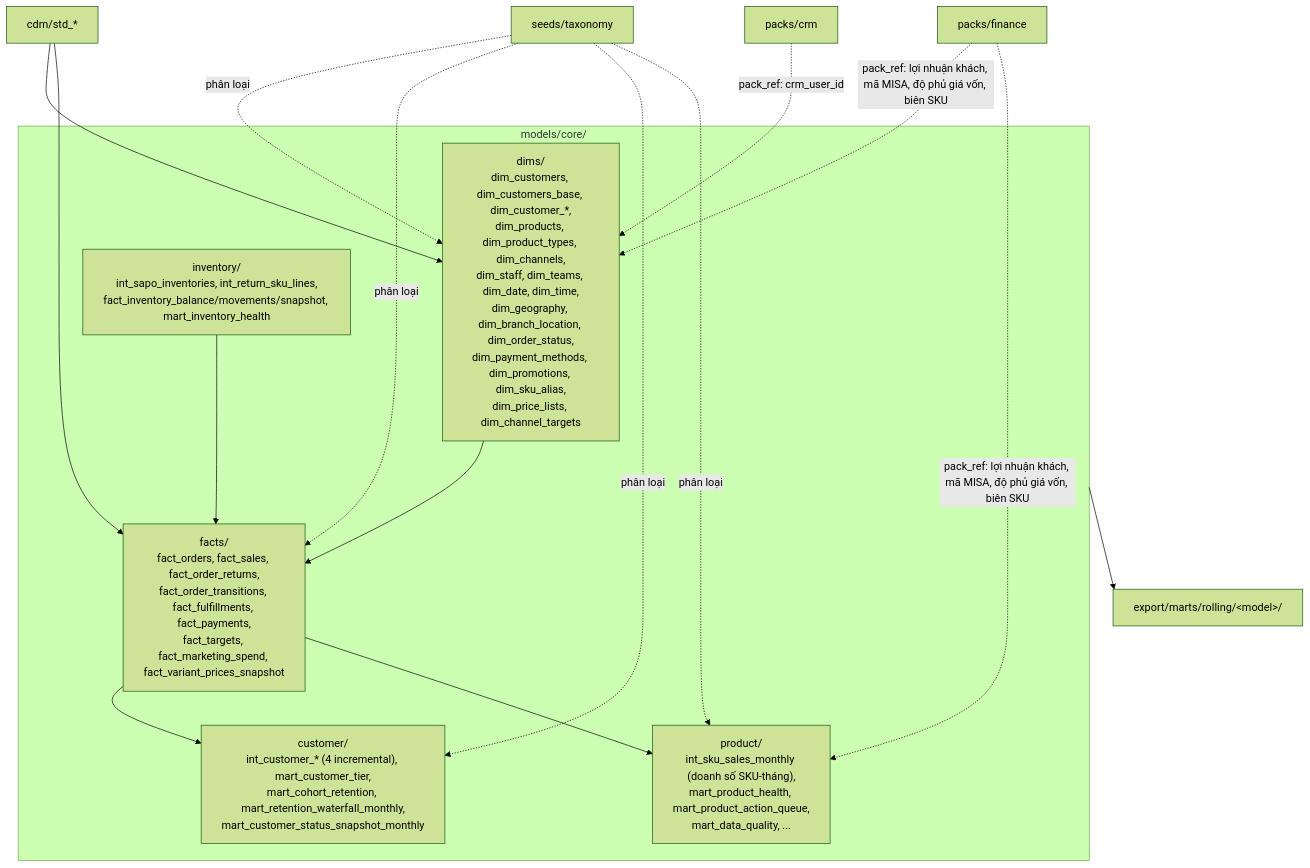
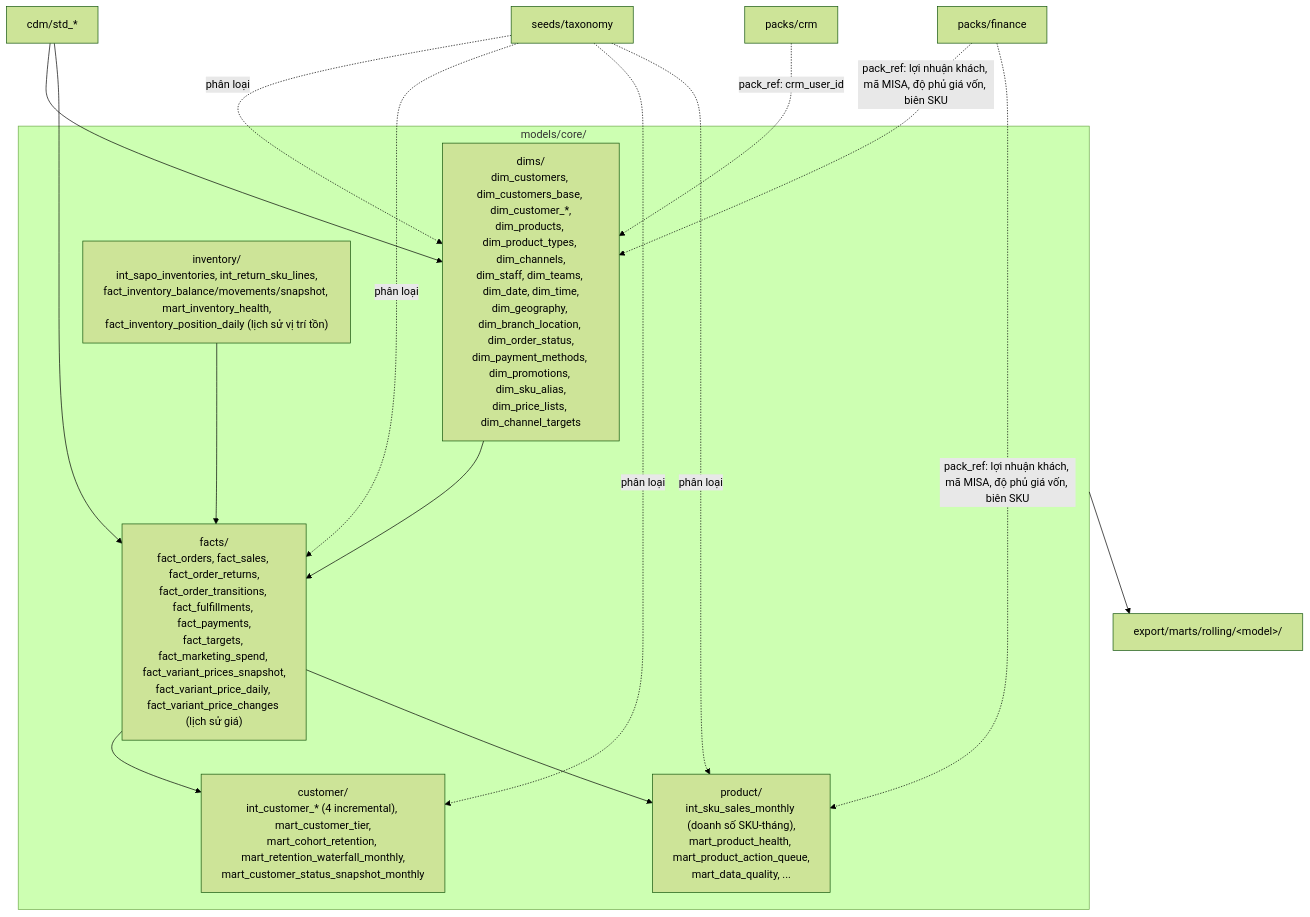
One commit to vantt/data-integration changed the ninth of 17 diagrams in docs/architecture/modules.md. Above: the diagram before and after it, drawn with Mermaid (forest theme). The commit also changed other lines of this file and 43 other files, not shown here.

First line of the commit message:
feat(history): build daily price and stock position history from the nightly snapshot

````diff
--- a/docs/architecture/modules.md
+++ b/docs/architecture/modules.md
@@ -477,18 +478,18 @@
 ```mermaid
 flowchart TB
     CDM["cdm/std_*"] --> DIMS
     CDM --> FACTS
     subgraph CORE["models/core/"]
         DIMS["dims/<br/>dim_customers, dim_customers_base, dim_customer_*,<br/>dim_products, dim_product_types, dim_channels,<br/>dim_staff, dim_teams, dim_date, dim_time,<br/>dim_geography, dim_branch_location, dim_order_status,<br/>dim_payment_methods, dim_promotions, dim_sku_alias,<br/>dim_price_lists, dim_channel_targets"]
-        FACTS["facts/<br/>fact_orders, fact_sales, fact_order_returns,<br/>fact_order_transitions, fact_fulfillments, fact_payments,<br/>fact_targets, fact_marketing_spend, fact_variant_prices_snapshot"]
+        FACTS["facts/<br/>fact_orders, fact_sales, fact_order_returns,<br/>fact_order_transitions, fact_fulfillments, fact_payments,<br/>fact_targets, fact_marketing_spend, fact_variant_prices_snapshot,<br/>fact_variant_price_daily, fact_variant_price_changes (lịch sử giá)"]
         CUST["customer/<br/>int_customer_* (4 incremental), mart_customer_tier,<br/>mart_cohort_retention, mart_retention_waterfall_monthly,<br/>mart_customer_status_snapshot_monthly"]
         PROD["product/<br/>int_sku_sales_monthly (doanh số SKU-tháng),<br/>mart_product_health, mart_product_action_queue,<br/>mart_data_quality, ..."]
-        INV["inventory/<br/>int_sapo_inventories, int_return_sku_lines,<br/>fact_inventory_balance/movements/snapshot, mart_inventory_health"]
+        INV["inventory/<br/>int_sapo_inventories, int_return_sku_lines,<br/>fact_inventory_balance/movements/snapshot, mart_inventory_health,<br/>fact_inventory_position_daily (lịch sử vị trí tồn)"]
     end
     DIMS --> FACTS --> CUST & PROD
     INV --> FACTS
     TAX["seeds/taxonomy"] -. "phân loại" .-> DIMS & FACTS & CUST & PROD
     CORE --> ROLL["export/marts/rolling/&lt;model&gt;/"]
     FIN["packs/finance"] -. "pack_ref: lợi nhuận khách, mã MISA, độ phủ giá vốn, biên SKU" .-> DIMS & PROD
     CRMP["packs/crm"] -. "pack_ref: crm_user_id" .-> DIMS
 ```
````
